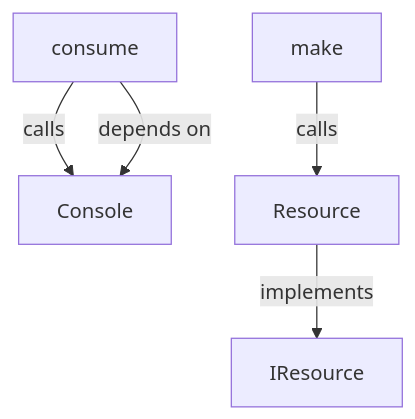
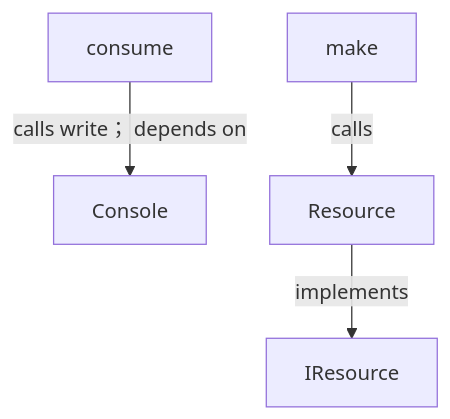
One commit to GreenPandaStudios/augscript changed the first of 3 diagrams in docs/examples/ownership-transfer/resource-diagrams.md. Above: the diagram before and after it, drawn with Mermaid. The commit also changed other lines of this file and 304 other files, not shown here.

Commit message:
Make generated data-flow sequences concise and review every diagram

````diff
--- a/docs/examples/ownership-transfer/resource-diagrams.md
+++ b/docs/examples/ownership-transfer/resource-diagrams.md
@@ -19,12 +19,11 @@
 ```mermaid
 flowchart TD
     n0["Console"]
     n1["IResource"]
     n2["Resource"]
     n3["consume"]
     n4["make"]
     n2 -->|"implements"| n1
-    n3 -->|"calls"| n0
-    n3 -->|"depends on"| n0
+    n3 -->|"calls write； depends on"| n0
     n4 -->|"calls"| n2
 ```
````
